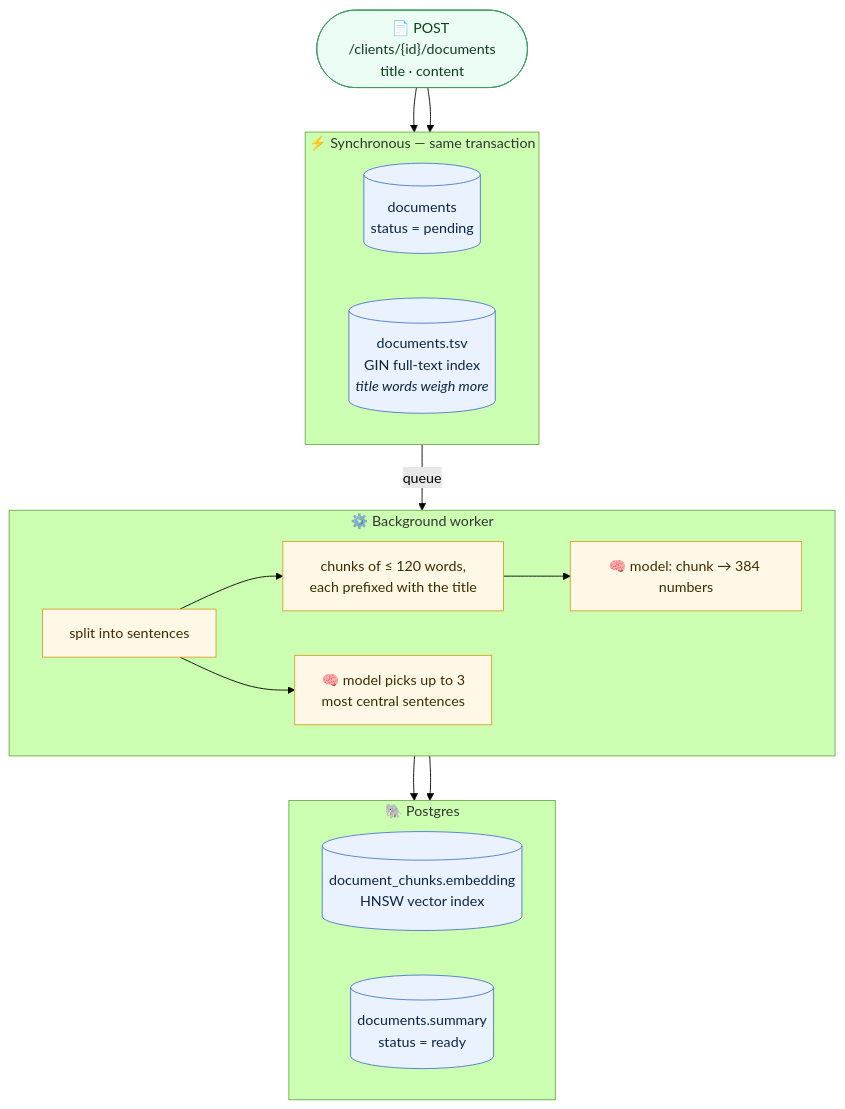
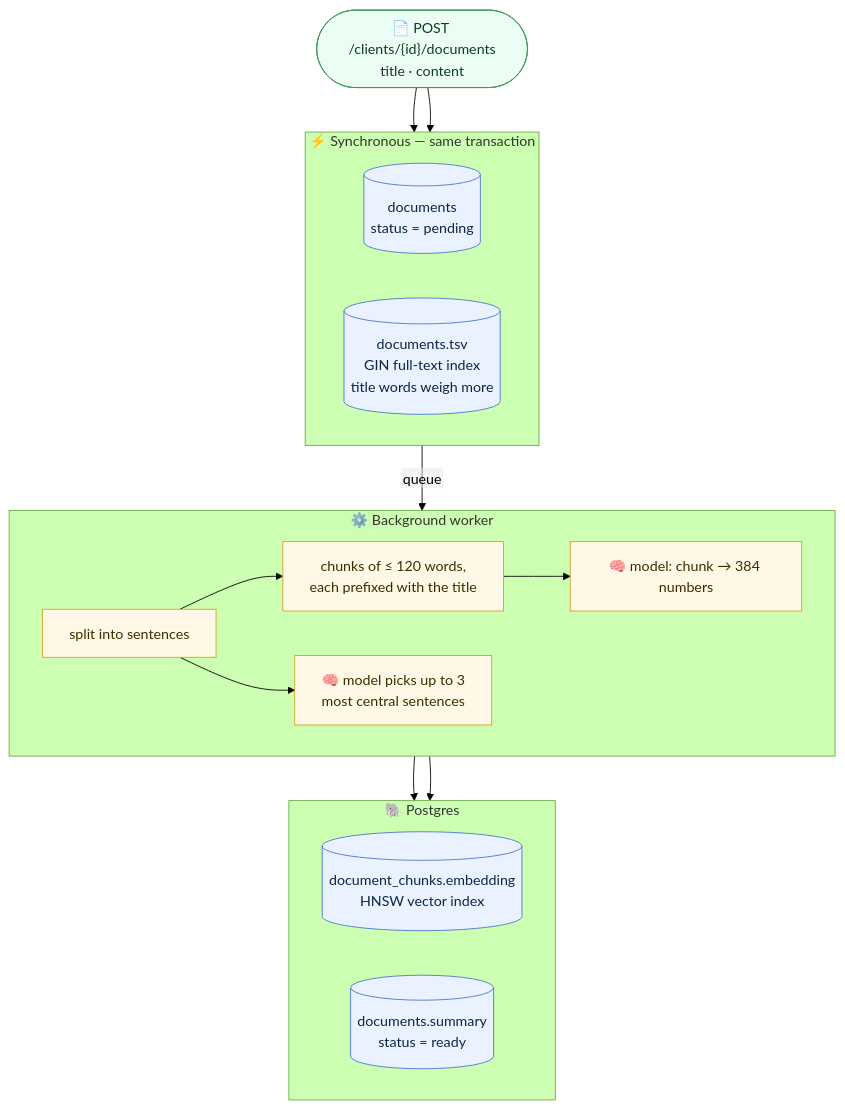
The second of 3 diagrams in README.md (refined/neviswealth), drawn with Mermaid (forest theme) before and after one commit. The commit also changed other lines of this file, not shown here.

Commit message:
Render README diagrams with SVG labels so GitHub does not clip them

````diff
--- a/README.md
+++ b/README.md
@@ -152,38 +153,39 @@
 ```mermaid
+%%{init: {"flowchart": {"htmlLabels": false}}}%%
 flowchart TB
     input(["📄 POST /clients/{id}/documents<br/>title · content"])
 
     subgraph sync["⚡ Synchronous — same transaction"]
         direction LR
         row[("documents<br/>status = pending")]
-        tsv[("documents.tsv<br/>GIN full-text index<br/><i>title words weigh more</i>")]
+        tsv[("documents.tsv<br/>GIN full-text index<br/>title words weigh more")]
     end
 
     subgraph worker["⚙️ Background worker"]
         direction LR
         sentences["split into sentences"]
         chunks["chunks of ≤ 120 words,<br/>each prefixed with the title"]
         embed["🧠 model: chunk → 384 numbers"]
         summarize["🧠 model picks up to 3<br/>most central sentences"]
         sentences --> chunks --> embed
         sentences --> summarize
     end
 
     subgraph stored["🐘 Postgres"]
         direction LR
         vectors[("document_chunks.embedding<br/>HNSW vector index")]
         summary[("documents.summary<br/>status = ready")]
     end
 
     input --> row & tsv
     row -- "queue" --> sentences
     embed --> vectors
     summarize --> summary
 
     classDef io fill:#ecfdf3,stroke:#3f9b5f,color:#0f3d1f
     classDef step fill:#fff8e6,stroke:#d4a12a,color:#3d2c00
     classDef store fill:#eaf2ff,stroke:#4a78c9,color:#0b2545
     class input io
     class sentences,chunks,embed,summarize step
     class row,tsv,vectors,summary store
 ```
````
